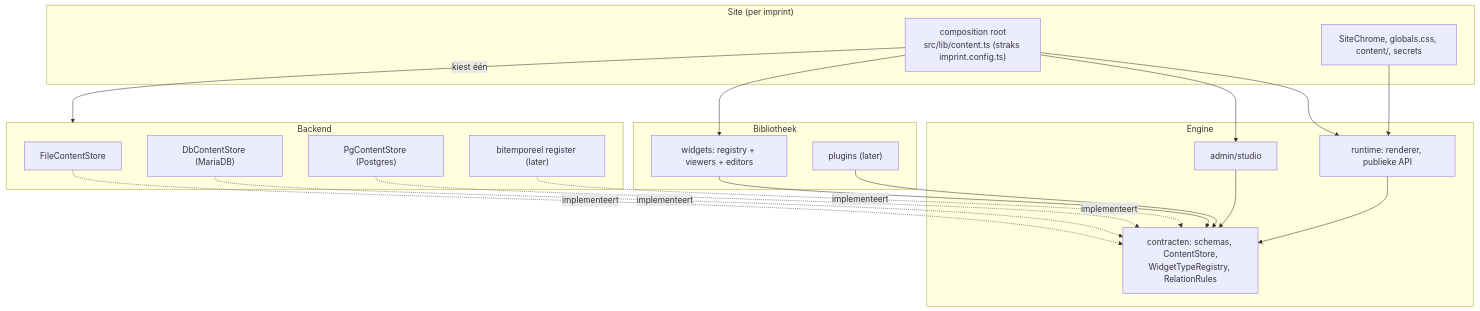
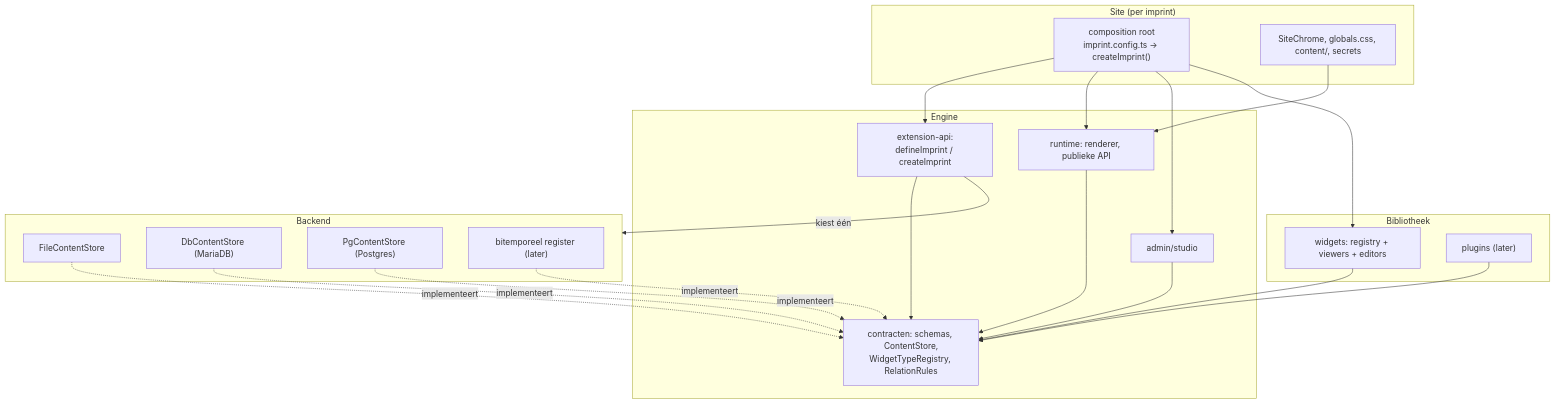
The first of 10 diagrams in docs/architecture.md (MarkWestbroek/imprint-engine), drawn with Mermaid before and after one commit. The commit also changed other lines of this file and 19 other files, not shown here.

First line of the commit message:
feat: composition root per site (imprint.config.ts, Fase 1)

````diff
--- a/docs/architecture.md
+++ b/docs/architecture.md
@@ -30,36 +30,39 @@
 ```mermaid
 flowchart TB
     subgraph site["Site (per imprint)"]
-        ROOT["composition root<br/>src/lib/content.ts (straks imprint.config.ts)"]
+        ROOT["composition root<br/>imprint.config.ts → createImprint()"]
         CHROME["SiteChrome, globals.css, content/, secrets"]
     end
     subgraph lib["Bibliotheek"]
         WIDG["widgets: registry + viewers + editors"]
         PLUG["plugins (later)"]
     end
     subgraph engine["Engine"]
+        EXT["extension-api:<br/>defineImprint / createImprint"]
         CONTRACT["contracten: schemas, ContentStore,<br/>WidgetTypeRegistry, RelationRules"]
         RT["runtime: renderer, publieke API"]
         ADM["admin/studio"]
     end
     subgraph backend["Backend"]
         FILE["FileContentStore"]
         MARIA["DbContentStore (MariaDB)"]
         PG["PgContentStore (Postgres)"]
         BT["bitemporeel register (later)"]
     end
 
+    ROOT --> EXT
+    EXT -- "kiest één" --> backend
+    EXT --> CONTRACT
     ROOT --> RT
     ROOT --> ADM
     ROOT --> WIDG
-    ROOT -- "kiest één" --> backend
     CHROME --> RT
     WIDG --> CONTRACT
     PLUG --> CONTRACT
     RT --> CONTRACT
     ADM --> CONTRACT
     FILE -. implementeert .-> CONTRACT
     MARIA -. implementeert .-> CONTRACT
     PG -. implementeert .-> CONTRACT
     BT -. implementeert .-> CONTRACT
 ```
````
